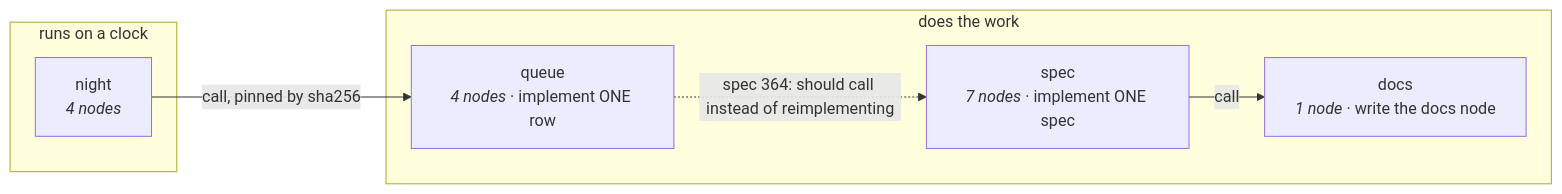
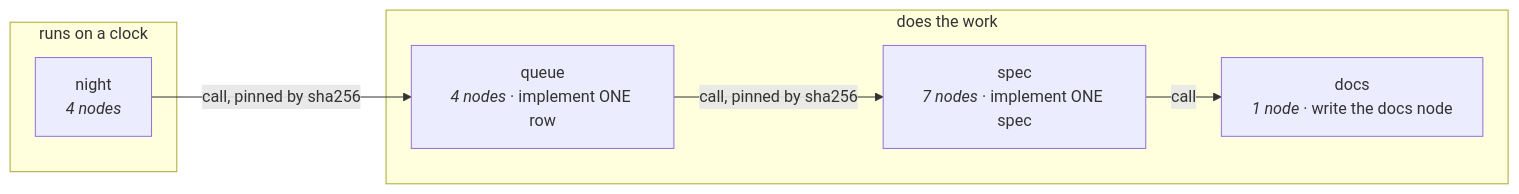
One commit to bitscrafts/pi-improved changed the first of 5 diagrams in graphs/README.md. Above: the diagram before and after it, drawn with Mermaid. The commit also changed other lines of this file and 13 other files, not shown here.

First line of the commit message:
The queue implements a spec by calling the graph that does it

````diff
--- a/graphs/README.md
+++ b/graphs/README.md
@@ -38,15 +38,15 @@
 ```mermaid
 flowchart LR
   subgraph timed["runs on a clock"]
     night["night<br/><i>4 nodes</i>"]
   end
   subgraph work["does the work"]
     queue["queue<br/><i>4 nodes</i> · implement ONE row"]
     spec["spec<br/><i>7 nodes</i> · implement ONE spec"]
     docs["docs<br/><i>1 node</i> · write the docs node"]
   end
   night -->|"call, pinned by sha256"| queue
   spec -->|"call"| docs
-  queue -.->|"spec 364: should call instead of reimplementing"| spec
+  queue -->|"call, pinned by sha256"| spec
   classDef dotted stroke-dasharray:4
 ```
````
